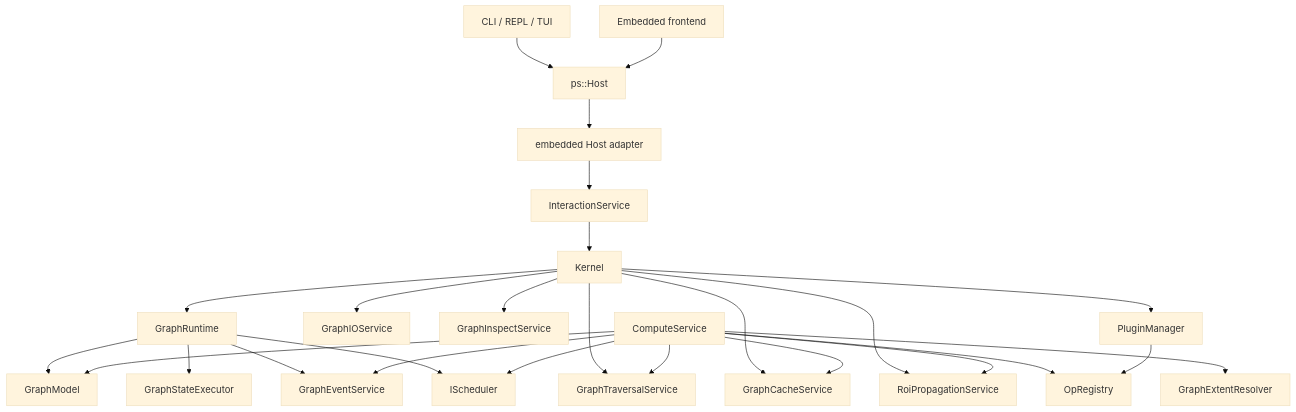
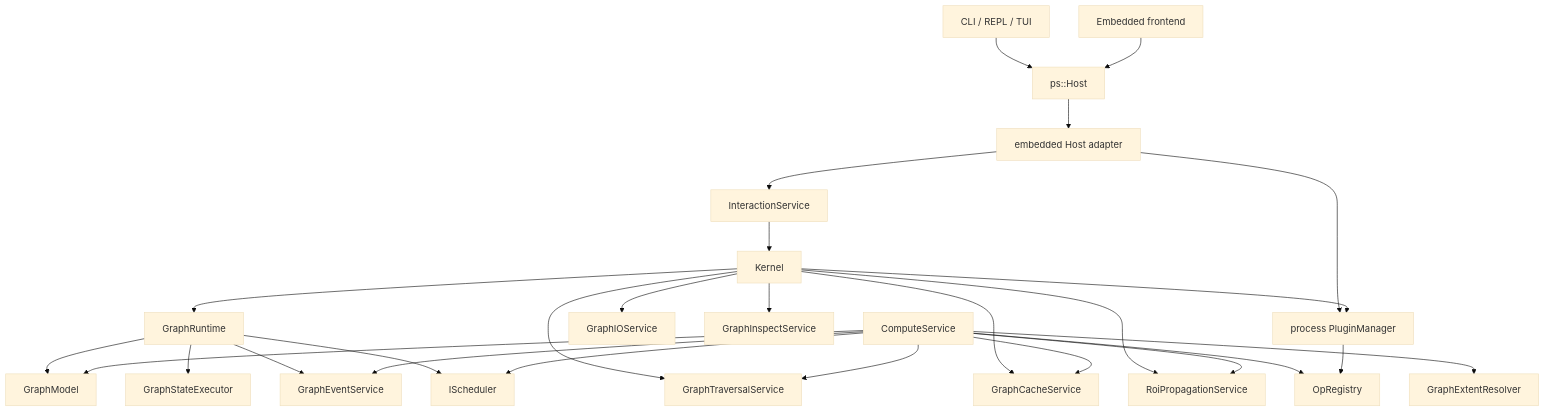
The diagram in docs/kernel-architecture/Overview.md (kevin-zf1123/photospider), drawn with Mermaid (base theme) before and after one commit. The commit also changed other lines of this file and 32 other files, not shown here.

````diff
--- a/docs/kernel-architecture/Overview.md
+++ b/docs/kernel-architecture/Overview.md
@@ -75,32 +75,33 @@
 ```mermaid
 graph TD
     CLI["CLI / REPL / TUI"] --> Host["ps::Host"]
     Frontend["Embedded frontend"] --> Host["ps::Host"]
     Host --> EmbeddedHost["embedded Host adapter"]
     EmbeddedHost --> InteractionService
+    EmbeddedHost --> PluginManager["process PluginManager"]
     InteractionService --> Kernel
 
     Kernel --> GraphRuntime
     Kernel --> GraphIOService
     Kernel --> GraphTraversalService
     Kernel --> GraphCacheService
     Kernel --> GraphInspectService
     Kernel --> RoiPropagationService
     Kernel --> PluginManager
 
     GraphRuntime --> GraphModel
     GraphRuntime --> GraphStateExecutor
     GraphRuntime --> GraphEventService
     GraphRuntime --> IScheduler
 
     ComputeService --> GraphModel
     ComputeService --> GraphTraversalService
     ComputeService --> RoiPropagationService
     ComputeService --> GraphExtentResolver
     ComputeService --> GraphCacheService
     ComputeService --> GraphEventService
     ComputeService --> OpRegistry
     ComputeService --> IScheduler
 
     PluginManager --> OpRegistry
 ```
````
